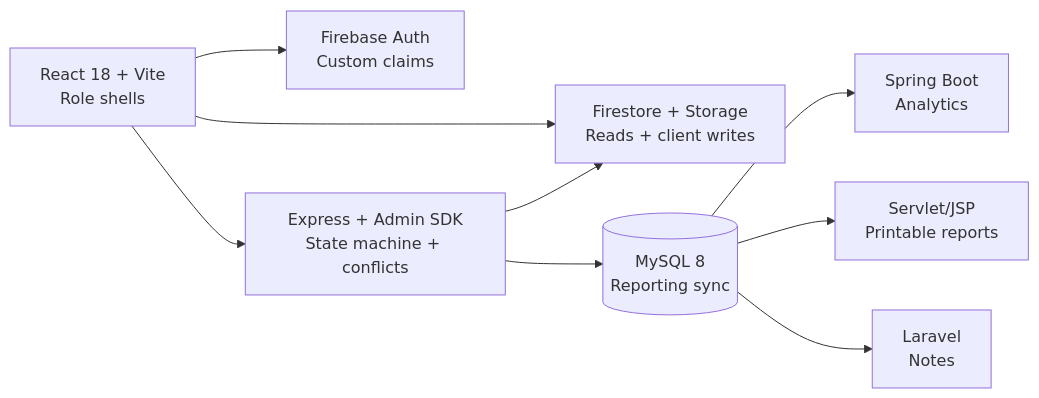
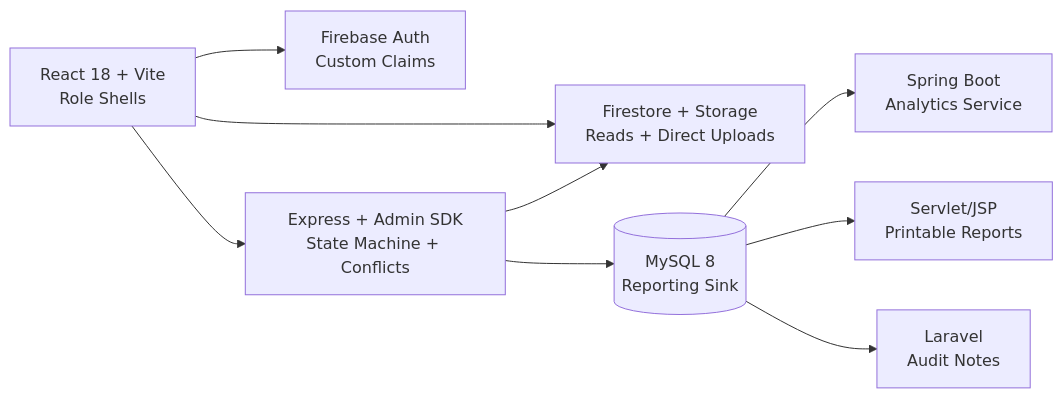
One commit to satyamshrivastav955-dotcom/taskorbit changed the diagram in README.md. Above: the diagram before and after it, drawn with Mermaid. The commit also changed other lines of this file and 5 other files, not shown here.

````diff
--- a/README.md
+++ b/README.md
@@ -103,11 +175,11 @@
 ```mermaid
 flowchart LR
-    FE[React 18 + Vite<br/>Role shells] --> FB[Firebase Auth<br/>Custom claims]
-    FE --> FS[Firestore + Storage<br/>Reads + client writes]
-    FE --> EX[Express + Admin SDK<br/>State machine + conflicts]
+    FE[React 18 + Vite<br/>Role Shells] --> FB[Firebase Auth<br/>Custom Claims]
+    FE --> FS[Firestore + Storage<br/>Reads + Direct Uploads]
+    FE --> EX[Express + Admin SDK<br/>State Machine + Conflicts]
     EX --> FS
-    EX --> MY[(MySQL 8<br/>Reporting sync)]
-    MY --> SB[Spring Boot<br/>Analytics]
-    MY --> JSP[Servlet/JSP<br/>Printable reports]
-    MY --> LV[Laravel<br/>Notes]
+    EX --> MY[(MySQL 8<br/>Reporting Sink)]
+    MY --> SB[Spring Boot<br/>Analytics Service]
+    MY --> JSP[Servlet/JSP<br/>Printable Reports]
+    MY --> LV[Laravel<br/>Audit Notes]
 ```
````
